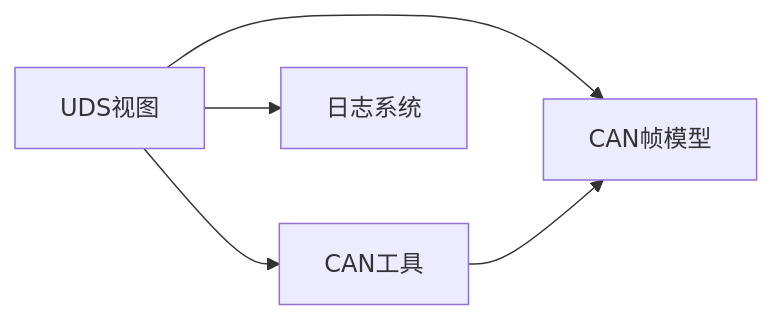
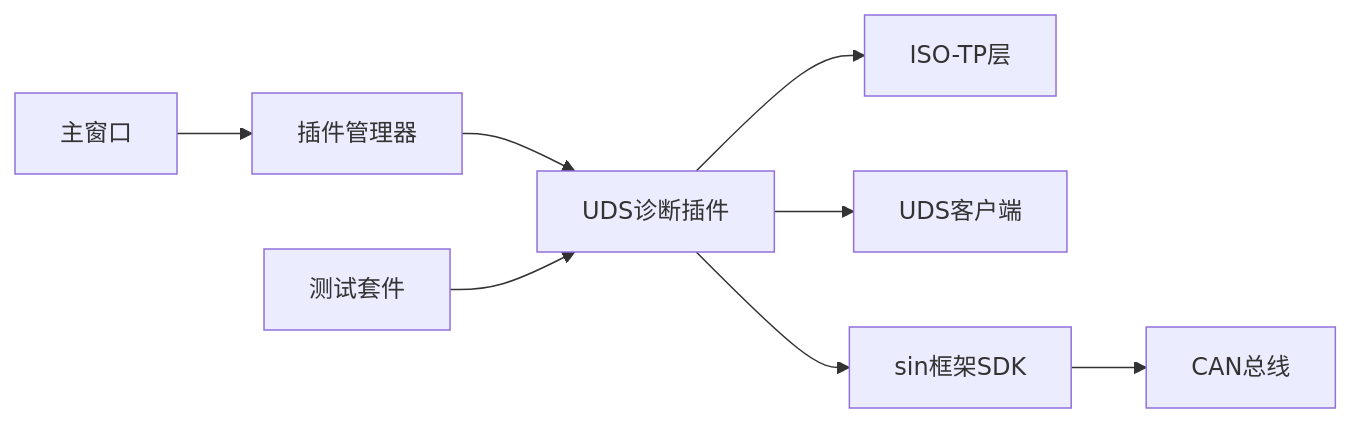
One commit to jakecai1225-design/OpenBus changed the fifth of 5 diagrams in .qoder/repowiki/zh/content/核心模块详解/UDS诊断接口.md. Above: the diagram before and after it, drawn with Mermaid. The commit also changed other lines of this file and 57 other files, not shown here.

````diff
--- a/.qoder/repowiki/zh/content/核心模块详解/UDS诊断接口.md
+++ b/.qoder/repowiki/zh/content/核心模块详解/UDS诊断接口.md
@@ -241,7 +248,10 @@
 ```mermaid
 graph LR
-UDSView["UDS视图"] --> CANFrame["CAN帧模型"]
-UDSView --> CANUtils["CAN工具"]
-UDSView --> Logging["日志系统"]
-CANUtils --> CANFrame
+MainWindow["主窗口"] --> PluginMgr["插件管理器"]
+PluginMgr --> UDSPlugin["UDS诊断插件"]
+UDSPlugin --> Isotp["ISO-TP层"]
+UDSPlugin --> Client["UDS客户端"]
+UDSPlugin --> SinSDK["sin框架SDK"]
+SinSDK --> CANBus["CAN总线"]
+TestSuite["测试套件"] --> UDSPlugin
 ```
````
